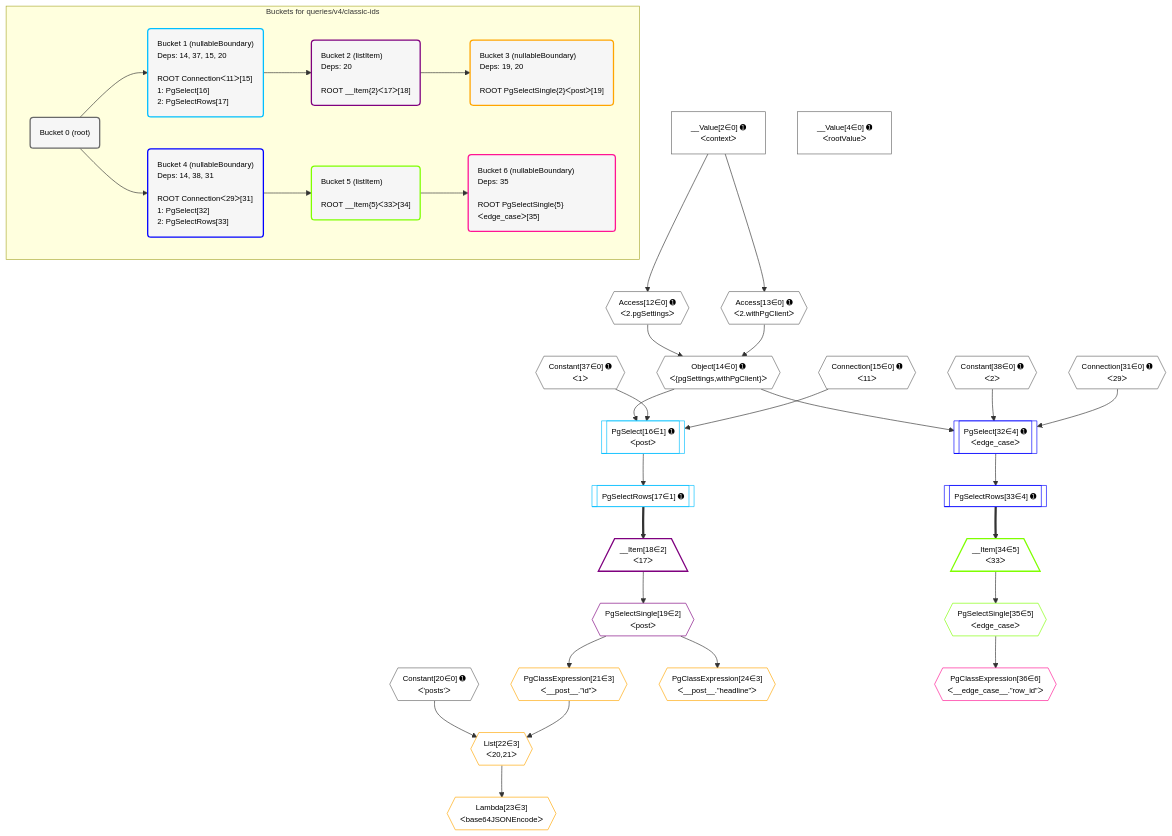
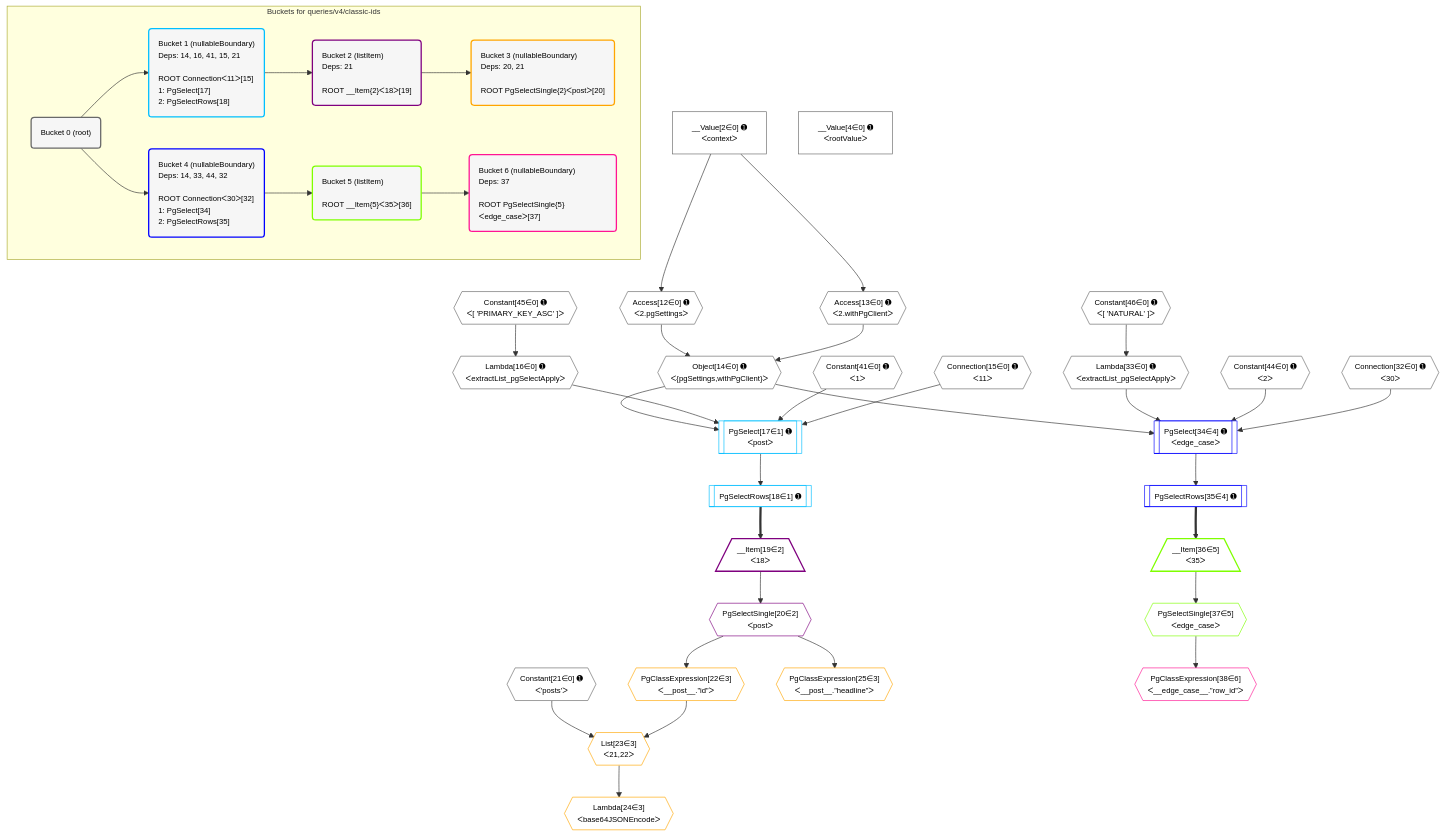
Before and after one commit to graphile/crystal: the diagram in postgraphile/postgraphile/__tests__/queries/v4/classic-ids.mermaid, drawn with Mermaid. The commit also changed 78 other files, not shown here.

Commit message:
Update plan diagrams

```diff
--- a/postgraphile/postgraphile/__tests__/queries/v4/classic-ids.mermaid
+++ b/postgraphile/postgraphile/__tests__/queries/v4/classic-ids.mermaid
@@ -1,81 +1,87 @@
 %%{init: {'themeVariables': { 'fontSize': '12px'}}}%%
 graph TD
     classDef path fill:#eee,stroke:#000,color:#000
     classDef plan fill:#fff,stroke-width:1px,color:#000
     classDef itemplan fill:#fff,stroke-width:2px,color:#000
     classDef unbatchedplan fill:#dff,stroke-width:1px,color:#000
     classDef sideeffectplan fill:#fcc,stroke-width:2px,color:#000
     classDef bucket fill:#f6f6f6,color:#000,stroke-width:2px,text-align:left
 
 
     %% plan dependencies
     Object14{{"Object[14∈0] ➊<br />ᐸ{pgSettings,withPgClient}ᐳ"}}:::plan
     Access12{{"Access[12∈0] ➊<br />ᐸ2.pgSettingsᐳ"}}:::plan
     Access13{{"Access[13∈0] ➊<br />ᐸ2.withPgClientᐳ"}}:::plan
     Access12 & Access13 --> Object14
     __Value2["__Value[2∈0] ➊<br />ᐸcontextᐳ"]:::plan
     __Value2 --> Access12
     __Value2 --> Access13
+    Lambda16{{"Lambda[16∈0] ➊<br />ᐸextractList_pgSelectApplyᐳ"}}:::plan
+    Constant45{{"Constant[45∈0] ➊<br />ᐸ[ 'PRIMARY_KEY_ASC' ]ᐳ"}}:::plan
+    Constant45 --> Lambda16
+    Lambda33{{"Lambda[33∈0] ➊<br />ᐸextractList_pgSelectApplyᐳ"}}:::plan
+    Constant46{{"Constant[46∈0] ➊<br />ᐸ[ 'NATURAL' ]ᐳ"}}:::plan
+    Constant46 --> Lambda33
     __Value4["__Value[4∈0] ➊<br />ᐸrootValueᐳ"]:::plan
     Connection15{{"Connection[15∈0] ➊<br />ᐸ11ᐳ"}}:::plan
-    Constant20{{"Constant[20∈0] ➊<br />ᐸ'posts'ᐳ"}}:::plan
-    Connection31{{"Connection[31∈0] ➊<br />ᐸ29ᐳ"}}:::plan
-    Constant37{{"Constant[37∈0] ➊<br />ᐸ1ᐳ"}}:::plan
-    Constant38{{"Constant[38∈0] ➊<br />ᐸ2ᐳ"}}:::plan
-    PgSelect16[["PgSelect[16∈1] ➊<br />ᐸpostᐳ"]]:::plan
-    Object14 & Constant37 & Connection15 --> PgSelect16
-    PgSelectRows17[["PgSelectRows[17∈1] ➊"]]:::plan
-    PgSelect16 --> PgSelectRows17
-    __Item18[/"__Item[18∈2]<br />ᐸ17ᐳ"\]:::itemplan
-    PgSelectRows17 ==> __Item18
-    PgSelectSingle19{{"PgSelectSingle[19∈2]<br />ᐸpostᐳ"}}:::plan
-    __Item18 --> PgSelectSingle19
-    List22{{"List[22∈3]<br />ᐸ20,21ᐳ"}}:::plan
-    PgClassExpression21{{"PgClassExpression[21∈3]<br />ᐸ__post__.”id”ᐳ"}}:::plan
-    Constant20 & PgClassExpression21 --> List22
-    PgSelectSingle19 --> PgClassExpression21
-    Lambda23{{"Lambda[23∈3]<br />ᐸbase64JSONEncodeᐳ"}}:::plan
-    List22 --> Lambda23
-    PgClassExpression24{{"PgClassExpression[24∈3]<br />ᐸ__post__.”headline”ᐳ"}}:::plan
-    PgSelectSingle19 --> PgClassExpression24
-    PgSelect32[["PgSelect[32∈4] ➊<br />ᐸedge_caseᐳ"]]:::plan
-    Object14 & Constant38 & Connection31 --> PgSelect32
-    PgSelectRows33[["PgSelectRows[33∈4] ➊"]]:::plan
-    PgSelect32 --> PgSelectRows33
-    __Item34[/"__Item[34∈5]<br />ᐸ33ᐳ"\]:::itemplan
-    PgSelectRows33 ==> __Item34
-    PgSelectSingle35{{"PgSelectSingle[35∈5]<br />ᐸedge_caseᐳ"}}:::plan
-    __Item34 --> PgSelectSingle35
-    PgClassExpression36{{"PgClassExpression[36∈6]<br />ᐸ__edge_case__.”row_id”ᐳ"}}:::plan
-    PgSelectSingle35 --> PgClassExpression36
+    Constant21{{"Constant[21∈0] ➊<br />ᐸ'posts'ᐳ"}}:::plan
+    Connection32{{"Connection[32∈0] ➊<br />ᐸ30ᐳ"}}:::plan
+    Constant41{{"Constant[41∈0] ➊<br />ᐸ1ᐳ"}}:::plan
+    Constant44{{"Constant[44∈0] ➊<br />ᐸ2ᐳ"}}:::plan
+    PgSelect17[["PgSelect[17∈1] ➊<br />ᐸpostᐳ"]]:::plan
+    Object14 & Lambda16 & Constant41 & Connection15 --> PgSelect17
+    PgSelectRows18[["PgSelectRows[18∈1] ➊"]]:::plan
+    PgSelect17 --> PgSelectRows18
+    __Item19[/"__Item[19∈2]<br />ᐸ18ᐳ"\]:::itemplan
+    PgSelectRows18 ==> __Item19
+    PgSelectSingle20{{"PgSelectSingle[20∈2]<br />ᐸpostᐳ"}}:::plan
+    __Item19 --> PgSelectSingle20
+    List23{{"List[23∈3]<br />ᐸ21,22ᐳ"}}:::plan
+    PgClassExpression22{{"PgClassExpression[22∈3]<br />ᐸ__post__.”id”ᐳ"}}:::plan
+    Constant21 & PgClassExpression22 --> List23
+    PgSelectSingle20 --> PgClassExpression22
+    Lambda24{{"Lambda[24∈3]<br />ᐸbase64JSONEncodeᐳ"}}:::plan
+    List23 --> Lambda24
+    PgClassExpression25{{"PgClassExpression[25∈3]<br />ᐸ__post__.”headline”ᐳ"}}:::plan
+    PgSelectSingle20 --> PgClassExpression25
+    PgSelect34[["PgSelect[34∈4] ➊<br />ᐸedge_caseᐳ"]]:::plan
+    Object14 & Lambda33 & Constant44 & Connection32 --> PgSelect34
+    PgSelectRows35[["PgSelectRows[35∈4] ➊"]]:::plan
+    PgSelect34 --> PgSelectRows35
+    __Item36[/"__Item[36∈5]<br />ᐸ35ᐳ"\]:::itemplan
+    PgSelectRows35 ==> __Item36
+    PgSelectSingle37{{"PgSelectSingle[37∈5]<br />ᐸedge_caseᐳ"}}:::plan
+    __Item36 --> PgSelectSingle37
+    PgClassExpression38{{"PgClassExpression[38∈6]<br />ᐸ__edge_case__.”row_id”ᐳ"}}:::plan
+    PgSelectSingle37 --> PgClassExpression38
 
     %% define steps
 
     subgraph "Buckets for queries/v4/classic-ids"
     Bucket0("Bucket 0 (root)"):::bucket
     classDef bucket0 stroke:#696969
-    class Bucket0,__Value2,__Value4,Access12,Access13,Object14,Connection15,Constant20,Connection31,Constant37,Constant38 bucket0
-    Bucket1("Bucket 1 (nullableBoundary)<br />Deps: 14, 37, 15, 20<br /><br />ROOT Connectionᐸ11ᐳ[15]<br />1: PgSelect[16]<br />2: PgSelectRows[17]"):::bucket
+    class Bucket0,__Value2,__Value4,Access12,Access13,Object14,Connection15,Lambda16,Constant21,Connection32,Lambda33,Constant41,Constant44,Constant45,Constant46 bucket0
+    Bucket1("Bucket 1 (nullableBoundary)<br />Deps: 14, 16, 41, 15, 21<br /><br />ROOT Connectionᐸ11ᐳ[15]<br />1: PgSelect[17]<br />2: PgSelectRows[18]"):::bucket
     classDef bucket1 stroke:#00bfff
-    class Bucket1,PgSelect16,PgSelectRows17 bucket1
-    Bucket2("Bucket 2 (listItem)<br />Deps: 20<br /><br />ROOT __Item{2}ᐸ17ᐳ[18]"):::bucket
+    class Bucket1,PgSelect17,PgSelectRows18 bucket1
+    Bucket2("Bucket 2 (listItem)<br />Deps: 21<br /><br />ROOT __Item{2}ᐸ18ᐳ[19]"):::bucket
     classDef bucket2 stroke:#7f007f
-    class Bucket2,__Item18,PgSelectSingle19 bucket2
-    Bucket3("Bucket 3 (nullableBoundary)<br />Deps: 19, 20<br /><br />ROOT PgSelectSingle{2}ᐸpostᐳ[19]"):::bucket
+    class Bucket2,__Item19,PgSelectSingle20 bucket2
+    Bucket3("Bucket 3 (nullableBoundary)<br />Deps: 20, 21<br /><br />ROOT PgSelectSingle{2}ᐸpostᐳ[20]"):::bucket
     classDef bucket3 stroke:#ffa500
-    class Bucket3,PgClassExpression21,List22,Lambda23,PgClassExpression24 bucket3
-    Bucket4("Bucket 4 (nullableBoundary)<br />Deps: 14, 38, 31<br /><br />ROOT Connectionᐸ29ᐳ[31]<br />1: PgSelect[32]<br />2: PgSelectRows[33]"):::bucket
+    class Bucket3,PgClassExpression22,List23,Lambda24,PgClassExpression25 bucket3
+    Bucket4("Bucket 4 (nullableBoundary)<br />Deps: 14, 33, 44, 32<br /><br />ROOT Connectionᐸ30ᐳ[32]<br />1: PgSelect[34]<br />2: PgSelectRows[35]"):::bucket
     classDef bucket4 stroke:#0000ff
-    class Bucket4,PgSelect32,PgSelectRows33 bucket4
-    Bucket5("Bucket 5 (listItem)<br /><br />ROOT __Item{5}ᐸ33ᐳ[34]"):::bucket
+    class Bucket4,PgSelect34,PgSelectRows35 bucket4
+    Bucket5("Bucket 5 (listItem)<br /><br />ROOT __Item{5}ᐸ35ᐳ[36]"):::bucket
     classDef bucket5 stroke:#7fff00
-    class Bucket5,__Item34,PgSelectSingle35 bucket5
-    Bucket6("Bucket 6 (nullableBoundary)<br />Deps: 35<br /><br />ROOT PgSelectSingle{5}ᐸedge_caseᐳ[35]"):::bucket
+    class Bucket5,__Item36,PgSelectSingle37 bucket5
+    Bucket6("Bucket 6 (nullableBoundary)<br />Deps: 37<br /><br />ROOT PgSelectSingle{5}ᐸedge_caseᐳ[37]"):::bucket
     classDef bucket6 stroke:#ff1493
-    class Bucket6,PgClassExpression36 bucket6
+    class Bucket6,PgClassExpression38 bucket6
     Bucket0 --> Bucket1 & Bucket4
     Bucket1 --> Bucket2
     Bucket2 --> Bucket3
     Bucket4 --> Bucket5
     Bucket5 --> Bucket6
     end
```
